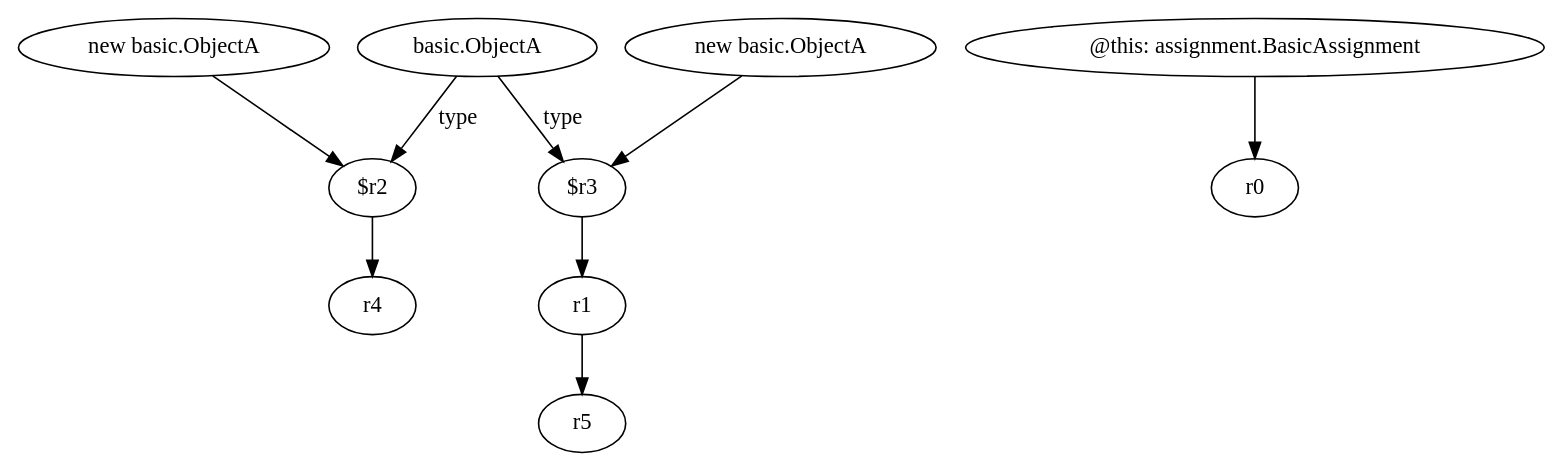
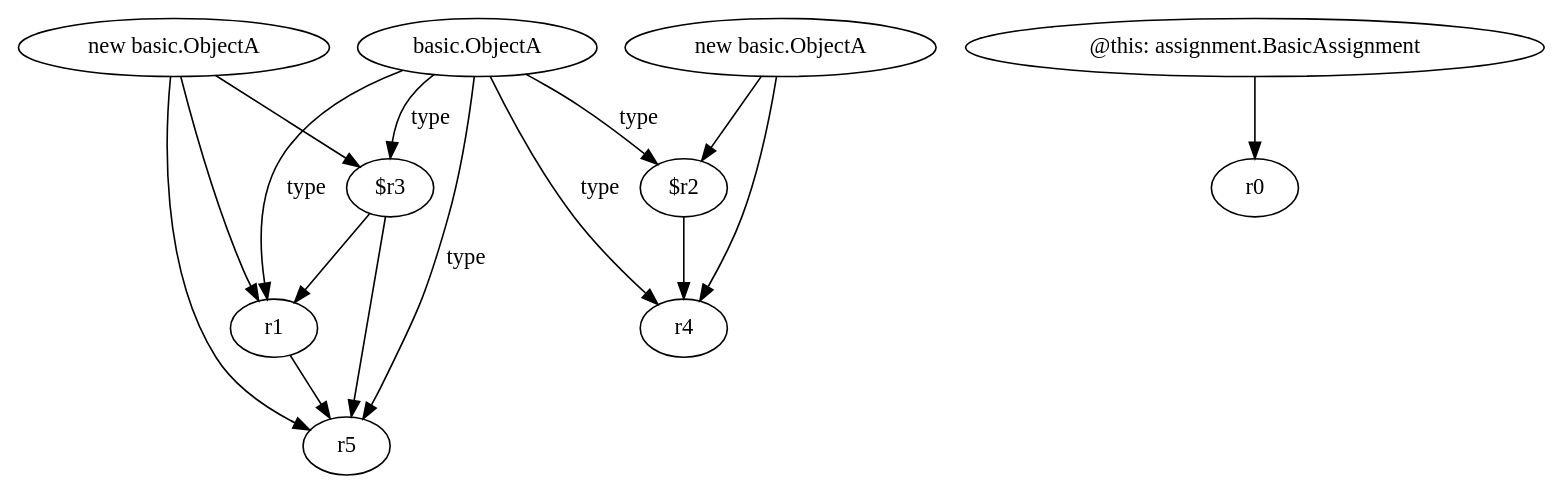
The diagram in relation2/<assignment.BasicAssignment: void var2var()>.dot (SeanCoek/zString), drawn with Graphviz before and after one commit. The commit also changed 36 other files, not shown here.

```diff
--- a/relation2/<assignment.BasicAssignment: void var2var()>.dot
+++ b/relation2/<assignment.BasicAssignment: void var2var()>.dot
@@ -1,20 +1,27 @@
 digraph g {
 0[label="basic.ObjectA"]
-1[label="$r2"]
+1[label="r1"]
 0->1[label="type"]
-2[label="r1"]
-3[label="r5"]
-2->3[label=""]
-4[label="@this: assignment.BasicAssignment"]
-5[label="r0"]
-4->5[label=""]
-6[label="new basic.ObjectA"]
-6->1[label=""]
-7[label="$r3"]
-7->2[label=""]
-0->7[label="type"]
-8[label="r4"]
-1->8[label=""]
-9[label="new basic.ObjectA"]
-9->7[label=""]
+2[label="r5"]
+1->2[label=""]
+3[label="$r3"]
+3->1[label=""]
+4[label="new basic.ObjectA"]
+4->1[label=""]
+5[label="new basic.ObjectA"]
+6[label="r4"]
+5->6[label=""]
+3->2[label=""]
+7[label="@this: assignment.BasicAssignment"]
+8[label="r0"]
+7->8[label=""]
+0->2[label="type"]
+4->3[label=""]
+0->3[label="type"]
+4->2[label=""]
+9[label="$r2"]
+5->9[label=""]
+0->9[label="type"]
+9->6[label=""]
+0->6[label="type"]
 }
```
